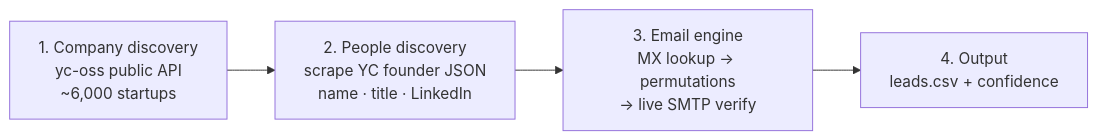
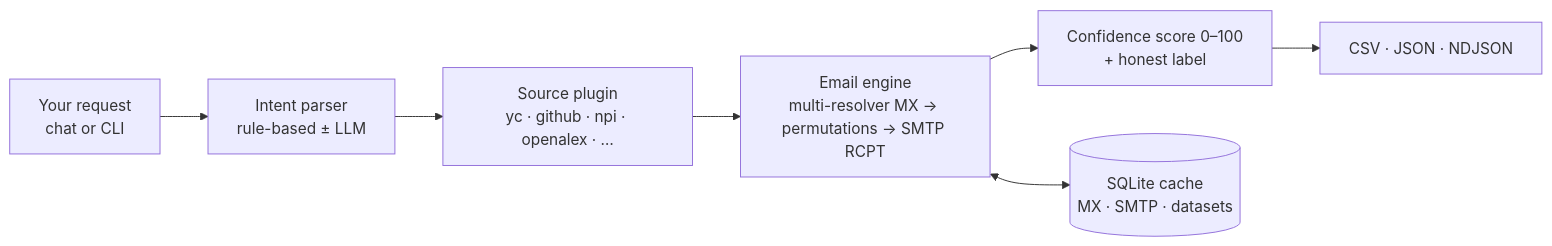
The diagram in README.md (Samyrrrrrr990/openleads), drawn with Mermaid before and after one commit. The commit also changed other lines of this file and 48 other files, not shown here.

First line of the commit message:
feat!: OpenLeads v2.0 — Apollo for everyone (pluggable sources + chat CLI)

````diff
--- a/README.md
+++ b/README.md
@@ -108,6 +159,9 @@
 ```mermaid
 flowchart LR
-    A[1. Company discovery<br/>yc-oss public API<br/>~6,000 startups] --> B[2. People discovery<br/>scrape YC founder JSON<br/>name · title · LinkedIn]
-    B --> C[3. Email engine<br/>MX lookup → permutations<br/>→ live SMTP verify]
-    C --> D[4. Output<br/>leads.csv + confidence]
+    Q[Your request<br/>chat or CLI] --> I[Intent parser<br/>rule-based ± LLM]
+    I --> S[Source plugin<br/>yc · github · npi · openalex · …]
+    S --> E[Email engine<br/>multi-resolver MX → permutations → SMTP RCPT]
+    E --> C[Confidence score 0–100<br/>+ honest label]
+    C --> O[CSV · JSON · NDJSON]
+    E <--> K[(SQLite cache<br/>MX · SMTP · datasets)]
 ```
````
